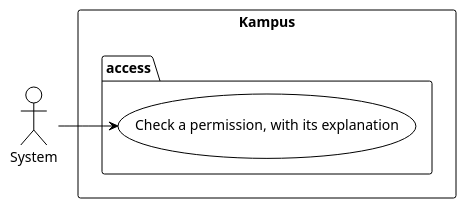
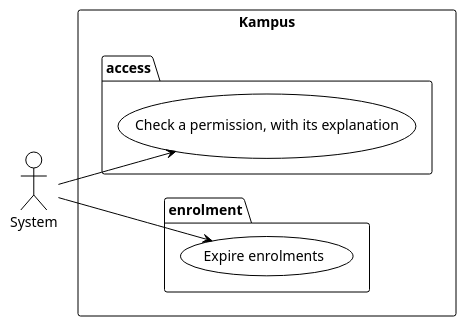
Before and after one commit to didactika/kampus: the diagram in docs/01-requirements/use-cases-system.puml, drawn with PlantUML. The commit also changed 86 other files, not shown here.

```diff
--- a/docs/01-requirements/use-cases-system.puml
+++ b/docs/01-requirements/use-cases-system.puml
@@ -1,16 +1,20 @@
 @startuml
 !theme plain
 skinparam linetype polyline
 left to right direction
 
 actor "System" as A_System
 
 rectangle "Kampus" {
   package "access" {
     usecase "Check a permission, with its explanation" as UC_checkPermission
   }
+  package "enrolment" {
+    usecase "Expire enrolments" as UC_expireEnrolments
+  }
 }
 
 A_System --> UC_checkPermission
+A_System --> UC_expireEnrolments
 
 @enduml
```
